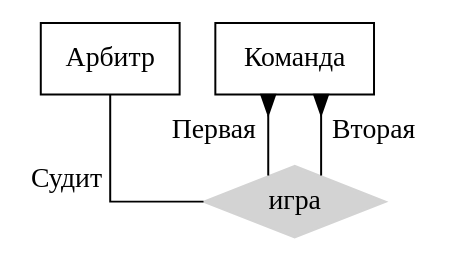
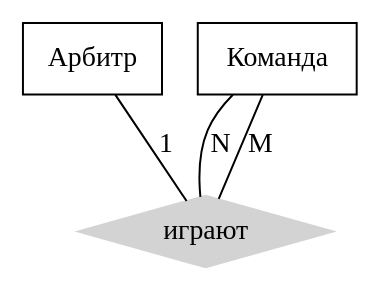
Before and after one commit to rokymiel/BD_B2019_PING_7: the diagram in Practice 2/Костя Борисов/task2_2.dot, drawn with Graphviz. The commit also changed 11 other files, not shown here.

```diff
--- a/Practice 2/Костя Борисов/task2_2.dot
+++ b/Practice 2/Костя Борисов/task2_2.dot
@@ -1,12 +1,9 @@
-digraph ER {
-  #layout=neato;
+graph ER {
   Арбитр [shape=box];
   Команда [shape=box];
-  Игра [shape=diamond, style=filled, color=lightgrey, label="игра"];
+  Игра [shape=diamond, style=filled, color=lightgrey, label="играют"];
 
-  splines=ortho;
-  edge [arrowtail=inv, arrowhead=inv, dir=back];
-  Арбитр -> Игра [xlabel="Судит", dir=none];
-  Команда -> Игра [xlabel="Первая"];
-  Команда -> Игра [xlabel="Вторая"];
+  Арбитр -- Игра [label="1"];
+  Команда -- Игра [label="N"];
+  Команда -- Игра [label="M"];
 }
```
